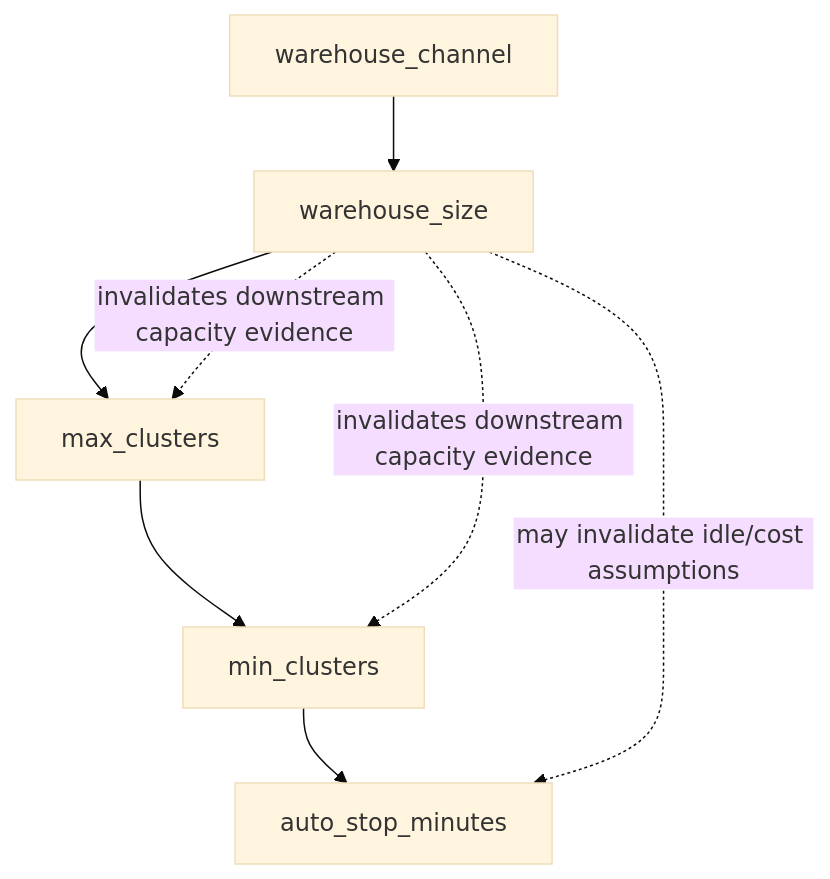
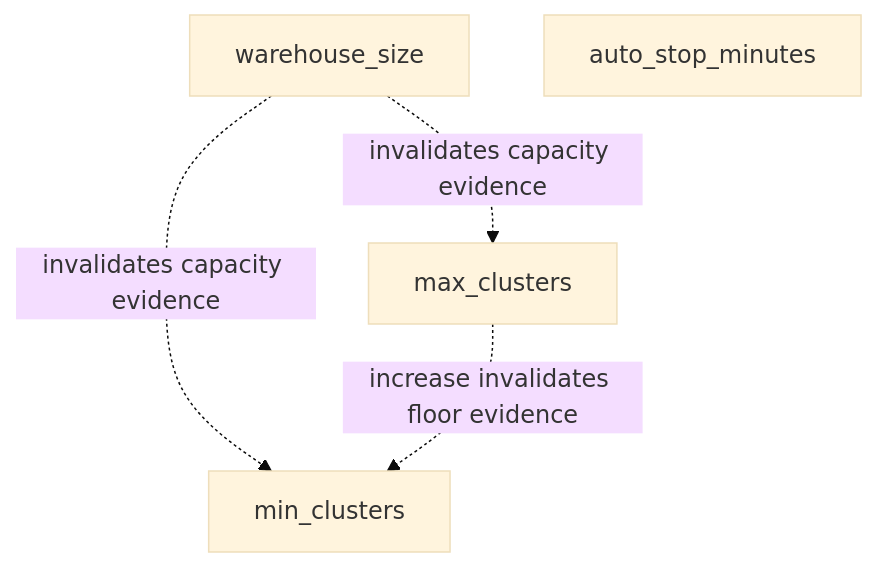
One commit to thiaga-gk/expert-funicular changed the fourth of 14 diagrams in docs/architecture/hld.md. Above: the diagram before and after it, drawn with Mermaid (base theme). The commit also changed other lines of this file and 11 other files, not shown here.

````diff
--- a/docs/architecture/hld.md
+++ b/docs/architecture/hld.md
@@ -308,11 +307,7 @@
 ```mermaid
 flowchart TD
-    CH[warehouse_channel] --> SZ[warehouse_size]
-    SZ --> MX[max_clusters]
-    MX --> MN[min_clusters]
-    MN --> AS[auto_stop_minutes]
-
-    SZ -. invalidates downstream capacity evidence .-> MX
-    SZ -. invalidates downstream capacity evidence .-> MN
-    SZ -. may invalidate idle/cost assumptions .-> AS
+    SZ[warehouse_size] -. invalidates capacity evidence .-> MX[max_clusters]
+    SZ -. invalidates capacity evidence .-> MN[min_clusters]
+    MX -. increase invalidates floor evidence .-> MN
+    AS[auto_stop_minutes]
 ```
````
